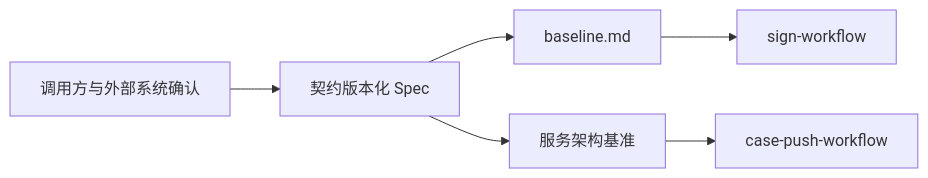
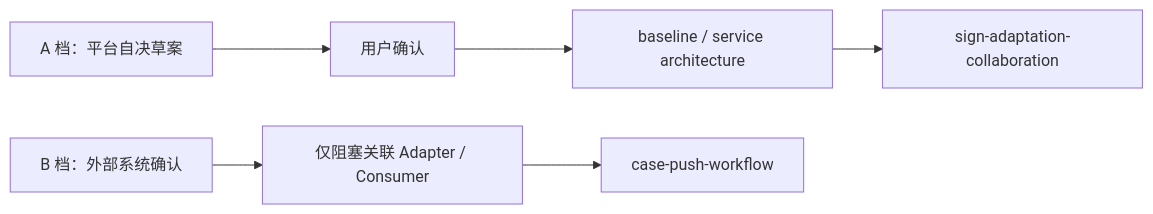
One commit to wangguangwu/claim-platform changed the diagram in docs/specs/platform-contract-versioning/design.md. Above: the diagram before and after it, drawn with Mermaid. The commit also changed other lines of this file and 21 other files, not shown here.

````diff
--- a/docs/specs/platform-contract-versioning/design.md
+++ b/docs/specs/platform-contract-versioning/design.md
@@ -5,8 +5,8 @@
 ```mermaid
 flowchart LR
-    D[调用方与外部系统确认] --> C[契约版本化 Spec]
-    C --> B[baseline.md]
-    C --> A[服务架构基准]
-    B --> S[sign-workflow]
-    A --> P[case-push-workflow]
+    A[A 档：平台自决草案] --> U[用户确认]
+    U --> B[baseline / service architecture]
+    B --> S[sign-adaptation-collaboration]
+    X[B 档：外部系统确认] --> BLOCK[仅阻塞关联 Adapter / Consumer]
+    BLOCK --> P[case-push-workflow]
 ```
````
